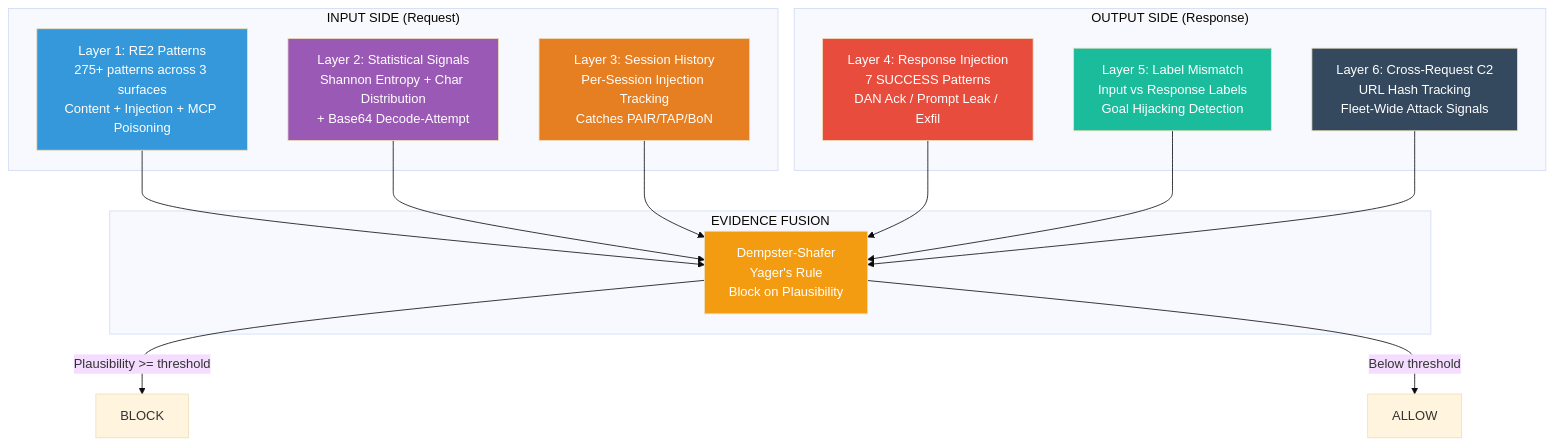
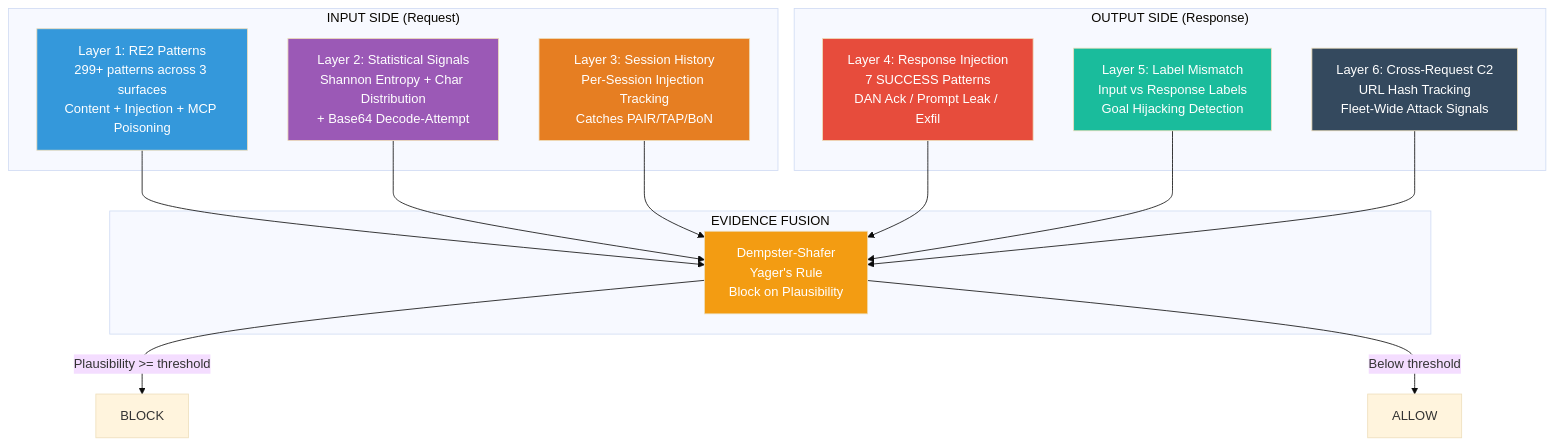
One commit to k4rthiknerella/altrace-web changed the third of 6 diagrams in site/assets/architecture-diagram.md. Above: the diagram before and after it, drawn with Mermaid (base theme). The commit also changed other lines of this file and 1 other file, not shown here.

First line of the commit message:
docs: sync with agent sprint — 299+ patterns, 33-stage chain, Cisco framework

````diff
--- a/site/assets/architecture-diagram.md
+++ b/site/assets/architecture-diagram.md
@@ -105,36 +105,36 @@
 ```mermaid
 flowchart TB
     subgraph Input["INPUT SIDE (Request)"]
-        L1[Layer 1: RE2 Patterns<br/>275+ patterns across 3 surfaces<br/>Content + Injection + MCP Poisoning]
+        L1[Layer 1: RE2 Patterns<br/>299+ patterns across 3 surfaces<br/>Content + Injection + MCP Poisoning]
         L2[Layer 2: Statistical Signals<br/>Shannon Entropy + Char Distribution<br/>+ Base64 Decode-Attempt]
         L3[Layer 3: Session History<br/>Per-Session Injection Tracking<br/>Catches PAIR/TAP/BoN]
     end
 
     subgraph Output["OUTPUT SIDE (Response)"]
         L4[Layer 4: Response Injection<br/>7 SUCCESS Patterns<br/>DAN Ack / Prompt Leak / Exfil]
         L5[Layer 5: Label Mismatch<br/>Input vs Response Labels<br/>Goal Hijacking Detection]
         L6[Layer 6: Cross-Request C2<br/>URL Hash Tracking<br/>Fleet-Wide Attack Signals]
     end
 
     subgraph Fusion["EVIDENCE FUSION"]
         DS[Dempster-Shafer<br/>Yager's Rule<br/>Block on Plausibility]
     end
 
     L1 --> DS
     L2 --> DS
     L3 --> DS
     L4 --> DS
     L5 --> DS
     L6 --> DS
 
     DS -->|Plausibility >= threshold| BLOCK[BLOCK]
     DS -->|Below threshold| ALLOW[ALLOW]
 
     style L1 fill:#3498db,color:#fff
     style L2 fill:#9b59b6,color:#fff
     style L3 fill:#e67e22,color:#fff
     style L4 fill:#e74c3c,color:#fff
     style L5 fill:#1abc9c,color:#fff
     style L6 fill:#34495e,color:#fff
     style DS fill:#f39c12,color:#fff
 ```
````
